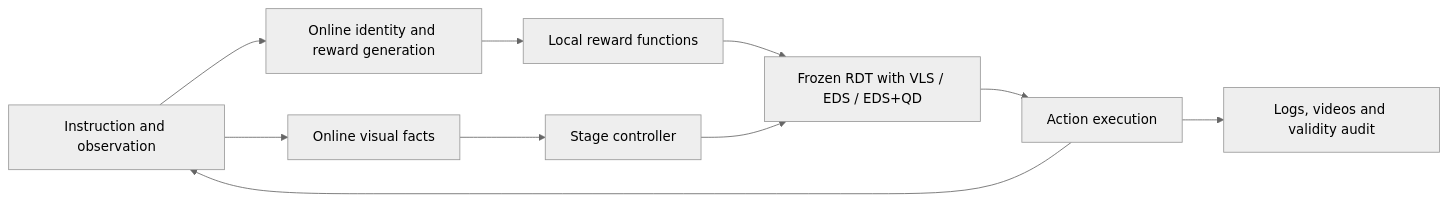
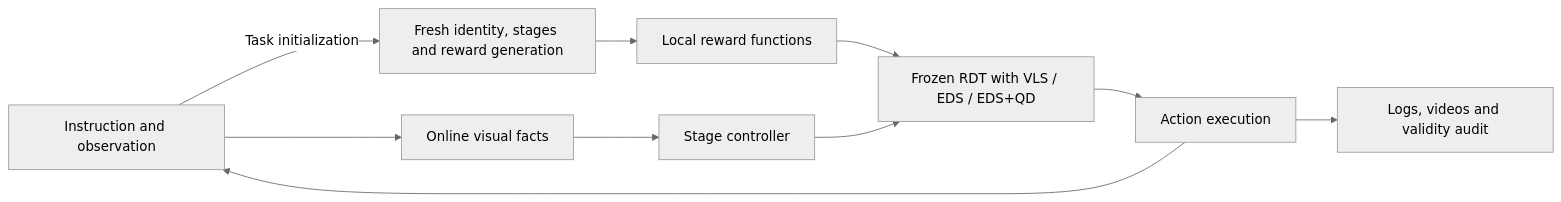
Before and after one commit to RIP4KOBE/vla-pilot-plus: the diagram in README.md, drawn with Mermaid (neutral theme). The commit also changed other lines of this file and 10 other files, not shown here.

````diff
--- a/README.md
+++ b/README.md
@@ -28,12 +28,12 @@
 ```mermaid
 flowchart LR
-    O[Instruction and observation] --> A[Online identity and reward generation]
+    O[Instruction and observation] -->|Task initialization| A[Fresh identity, stages and reward generation]
     A --> R[Local reward functions]
     O --> S[Online visual facts]
     S --> C[Stage controller]
     R --> P[Frozen RDT with VLS / EDS / EDS+QD]
     C --> P
     P --> E[Action execution]
     E --> O
     E --> L[Logs, videos and validity audit]
 ```
````
